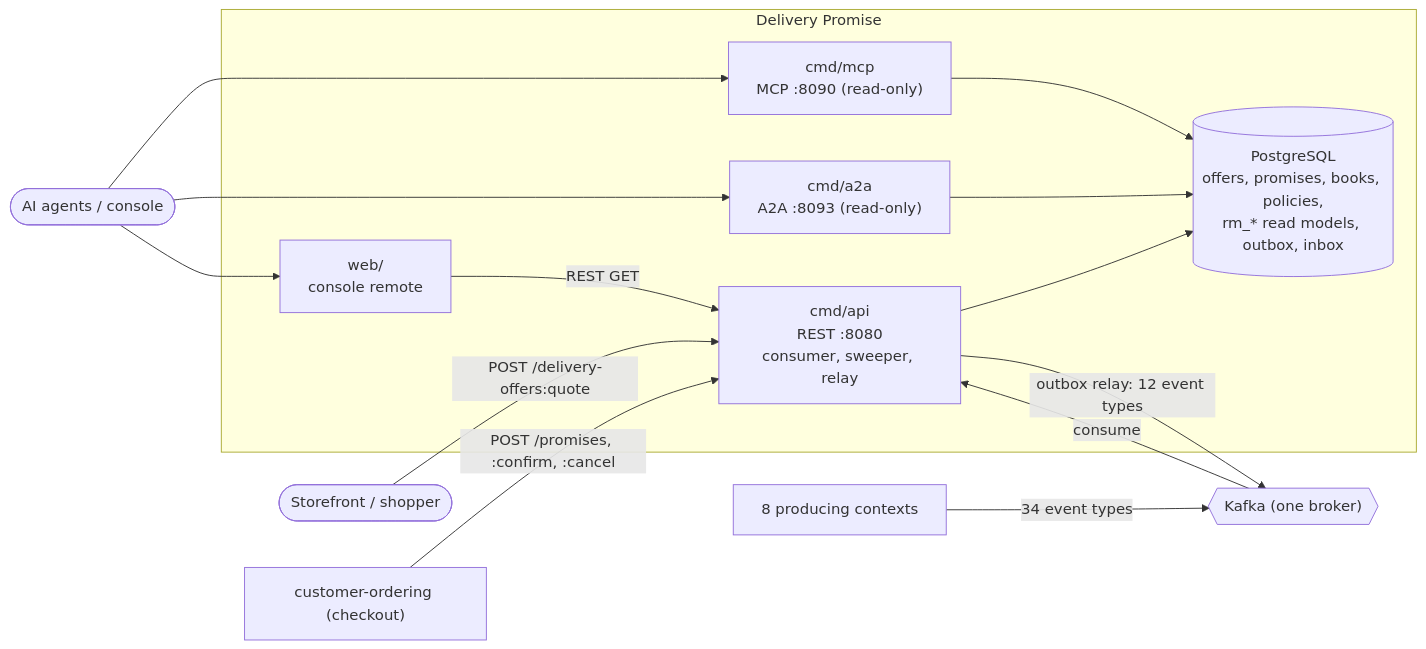
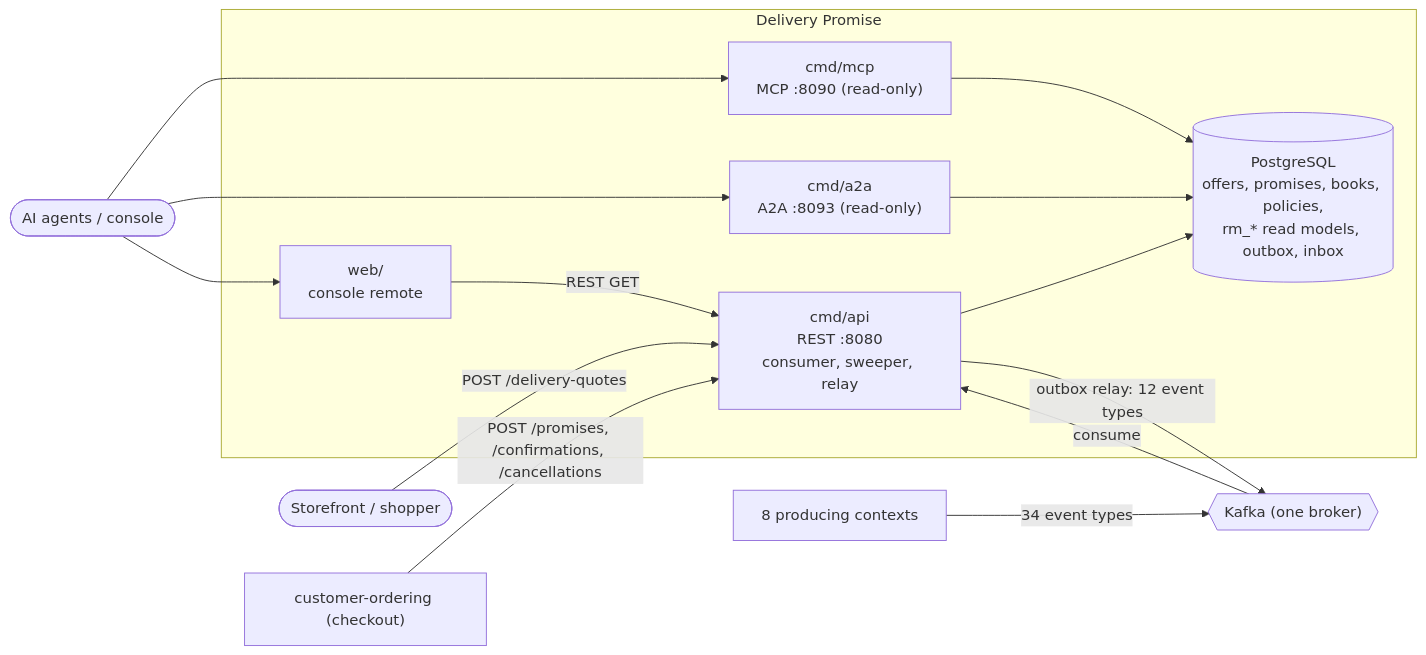
One commit to IQVO/delivery-promise changed the diagram in docs/docs/overview/architecture.md. Above: the diagram before and after it, drawn with Mermaid. The commit also changed 31 other files, not shown here.

First line of the commit message:
feat(api)!: noun routes, key required on every POST, global key with 409 reuse

````diff
--- a/docs/docs/overview/architecture.md
+++ b/docs/docs/overview/architecture.md
@@ -62,30 +62,30 @@
 ```mermaid
 flowchart LR
   shopper(["Storefront / shopper"])
   checkout["customer-ordering (checkout)"]
   agents(["AI agents / console"])
 
   subgraph dp["Delivery Promise"]
     api["cmd/api<br/>REST :8080<br/>consumer, sweeper, relay"]
     mcp["cmd/mcp<br/>MCP :8090 (read-only)"]
     a2a["cmd/a2a<br/>A2A :8093 (read-only)"]
     web["web/<br/>console remote"]
     db[("PostgreSQL<br/>offers, promises, books, policies,<br/>rm_* read models, outbox, inbox")]
   end
 
   kafka{{"Kafka (one broker)"}}
   producers["8 producing contexts"]
 
-  shopper -->|"POST /delivery-offers:quote"| api
-  checkout -->|"POST /promises, :confirm, :cancel"| api
+  shopper -->|"POST /delivery-quotes"| api
+  checkout -->|"POST /promises, /confirmations, /cancellations"| api
   agents --> mcp
   agents --> a2a
   agents --> web
   web -->|"REST GET"| api
   api --> db
   mcp --> db
   a2a --> db
   producers -->|"34 event types"| kafka
   kafka -->|"consume"| api
   api -->|"outbox relay: 12 event types"| kafka
 ```
````
